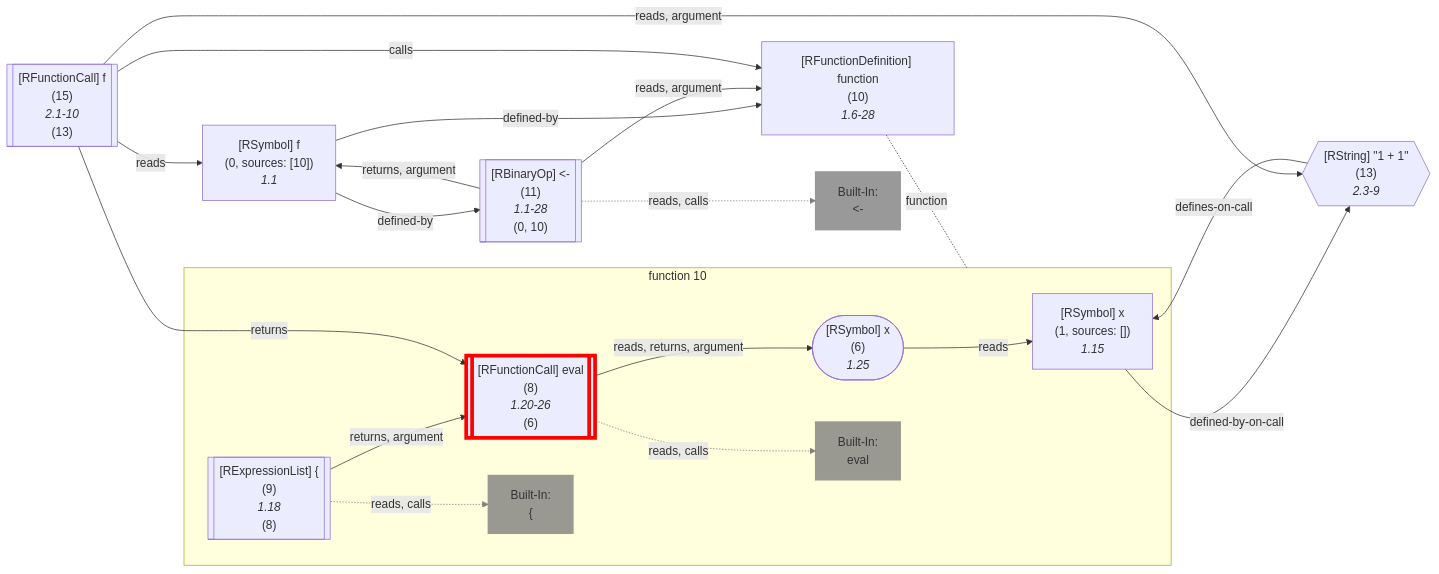
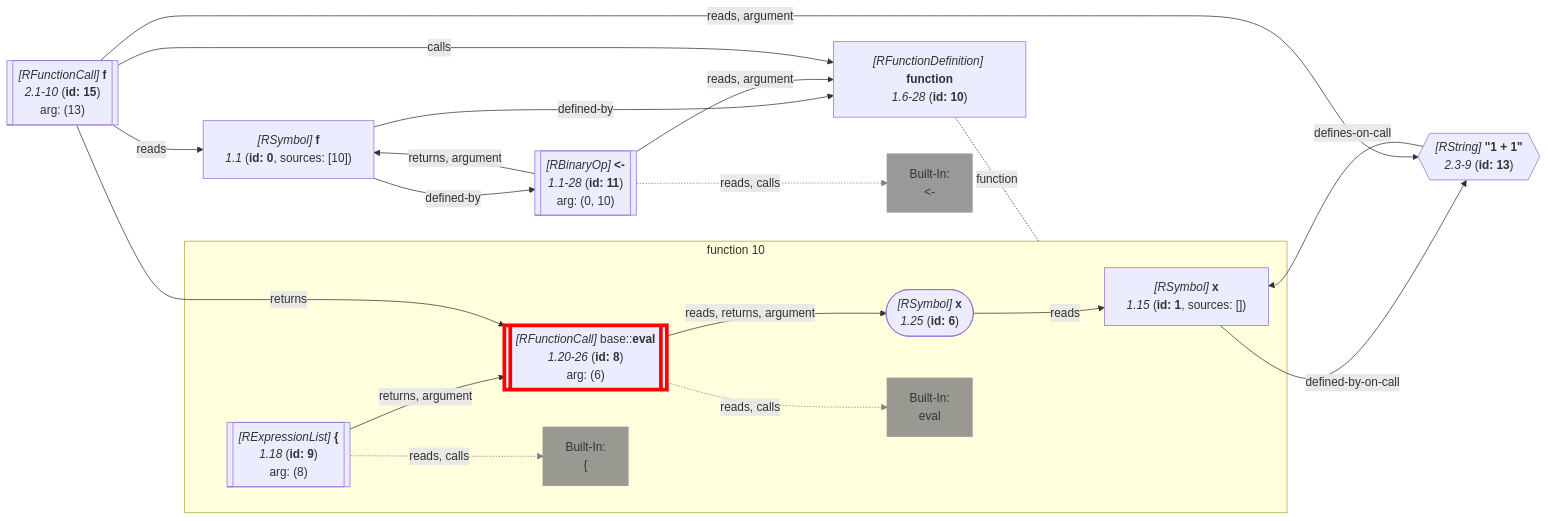
One commit to flowr-analysis/flowr changed the ninth of 21 diagrams in wiki/Query API.md. Above: the diagram before and after it, drawn with Mermaid. The commit also changed other lines of this file and 87 other files, not shown here.

````diff
--- a/wiki/Query API.md
+++ b/wiki/Query API.md
@@ -3911,73 +3849,64 @@
 ```mermaid
 flowchart LR
-    10["`#91;RFunctionDefinition#93; function
-      (10)
-      *1.6-28*`"]
+    10["`*#91;RFunctionDefinition#93;* **function**
+      *1.6-28* (**id: 10**)`"]
 
 subgraph "flow-10" [function 10]
-    1["`#91;RSymbol#93; x
-      (1, sources: [])
-      *1.15*`"]
-    6(["`#91;RSymbol#93; x
-      (6)
-      *1.25*`"])
-    8[["`#91;RFunctionCall#93; eval
-      (8)
-      *1.20-26*
-    (6)`"]]
+    1["`*#91;RSymbol#93;* **x**
+      *1.15* (**id: 1**, sources: [])`"]
+    6(["`*#91;RSymbol#93;* **x**
+      *1.25* (**id: 6**)`"])
+    8[["`*#91;RFunctionCall#93;* base#58;#58;**eval**
+      *1.20-26* (**id: 8**)
+    arg: (6)`"]]
     style 8 stroke:red,stroke-width:5px; 
     built-in:eval["`Built-In:
 eval`"]
     style built-in:eval stroke:gray,fill:gray,stroke-width:2px,opacity:.8;
-    9[["`#91;RExpressionList#93; #123;
-      (9)
-      *1.18*
-    (8)`"]]
+    9[["`*#91;RExpressionList#93;* **#123;**
+      *1.18* (**id: 9**)
+    arg: (8)`"]]
     built-in:_["`Built-In:
 #123;`"]
     style built-in:_ stroke:gray,fill:gray,stroke-width:2px,opacity:.8;
 end
    %% No edges found for 10
-    0["`#91;RSymbol#93; f
-      (0, sources: [10])
-      *1.1*`"]
-    11[["`#91;RBinaryOp#93; #60;#45;
-      (11)
-      *1.1-28*
-    (0, 10)`"]]
+    0["`*#91;RSymbol#93;* **f**
+      *1.1* (**id: 0**, sources: [10])`"]
+    11[["`*#91;RBinaryOp#93;* **#60;#45;**
+      *1.1-28* (**id: 11**)
+    arg: (0, 10)`"]]
     built-in:_-["`Built-In:
 #60;#45;`"]
     style built-in:_- stroke:gray,fill:gray,stroke-width:2px,opacity:.8;
-    13{{"`#91;RString#93; #34;1 #43; 1#34;
-      (13)
-      *2.3-9*`"}}
+    13{{"`*#91;RString#93;* **#34;1 #43; 1#34;**
+      *2.3-9* (**id: 13**)`"}}
     %% Environment of 15 [level: 0]:
     %% Built-in
-    %% 1949----------------------------------------
+    %% 3102----------------------------------------
     %%   f: {**f** (id: 0, type: Function, def. @11)}
-    15[["`#91;RFunctionCall#93; f
-      (15)
-      *2.1-10*
-    (13)`"]]
+    15[["`*#91;RFunctionCall#93;* **f**
+      *2.1-10* (**id: 15**)
+    arg: (13)`"]]
     1 -->|"defined-by-on-call"| 13
     6 -->|"reads"| 1
     8 -->|"reads, returns, argument"| 6
     8 -.->|"reads, calls"| built-in:eval
     linkStyle 3 stroke:gray;
     9 -->|"returns, argument"| 8
     9 -.->|"reads, calls"| built-in:_
     linkStyle 5 stroke:gray;
 10 -.-|function| flow-10
 
     0 -->|"defined-by"| 10
     0 -->|"defined-by"| 11
     11 -->|"reads, argument"| 10
     11 -->|"returns, argument"| 0
     11 -.->|"reads, calls"| built-in:_-
     linkStyle 11 stroke:gray;
     13 -->|"defines-on-call"| 1
     15 -->|"reads, argument"| 13
     15 -->|"reads"| 0
     15 -->|"returns"| 8
     15 -->|"calls"| 10
 ```
````
